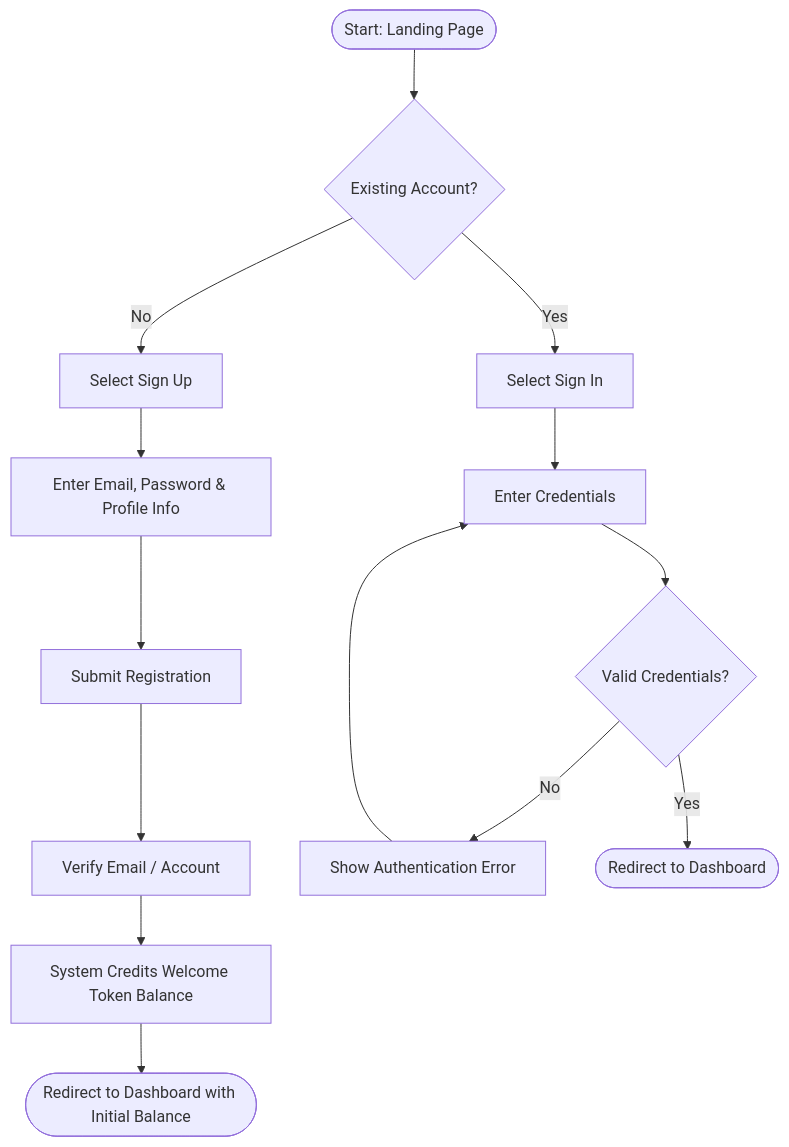
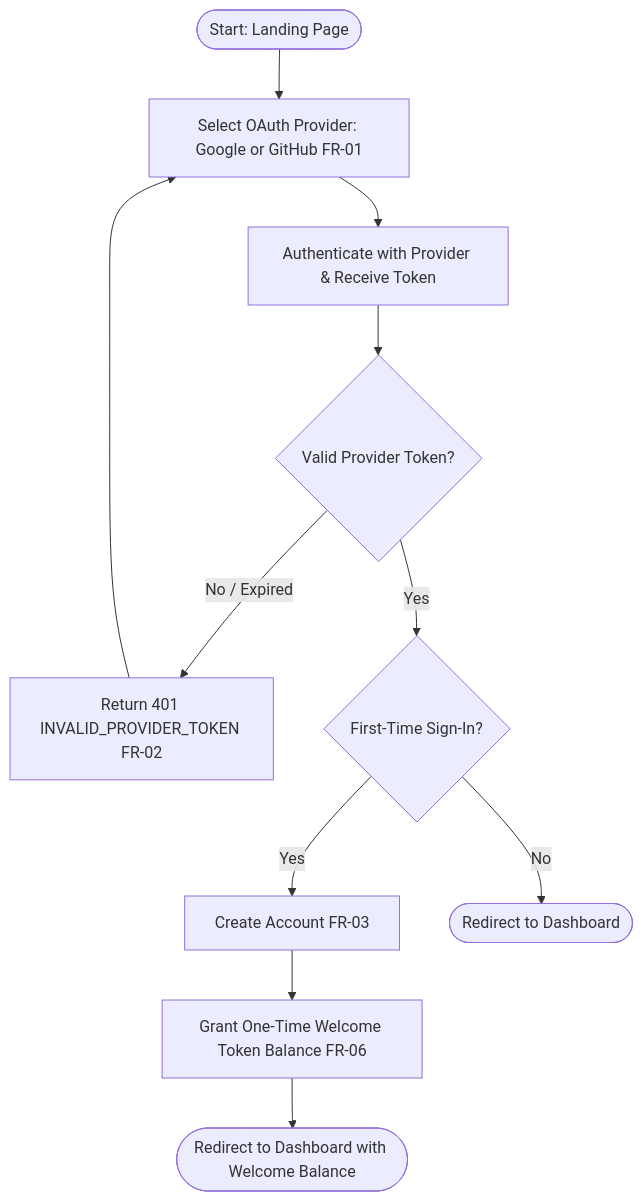
Before and after one commit to Orkun174/token-learning-platform: the first of 2 diagrams in docs/ux/user-flows.md, drawn with Mermaid. The commit also changed other lines of this file, not shown here.

First line of the commit message:
Revise user flows for OAuth and lesson creation

````diff
--- a/docs/ux/user-flows.md
+++ b/docs/ux/user-flows.md
@@ -9,17 +9,13 @@
 ```mermaid
 flowchart TD
-    A([Start: Landing Page]) --> B{Existing Account?}
-    B -- No --> C[Select Sign Up]
-    C --> D[Enter Email, Password & Profile Info]
-    D --> E[Submit Registration]
-    E --> F[Verify Email / Account]
-    F --> G[System Credits Welcome Token Balance]
-    G --> H([Redirect to Dashboard with Initial Balance])
-
-    B -- Yes --> I[Select Sign In]
-    I --> J[Enter Credentials]
-    J --> K{Valid Credentials?}
-    K -- No --> L[Show Authentication Error]
-    L --> J
-    K -- Yes --> M([Redirect to Dashboard])
+    A([Start: Landing Page]) --> B[Select OAuth Provider: Google or GitHub FR-01]
+    B --> C[Authenticate with Provider & Receive Token]
+    C --> D{Valid Provider Token?}
+    D -- No / Expired --> E[Return 401 INVALID_PROVIDER_TOKEN FR-02]
+    E --> B
+    D -- Yes --> F{First-Time Sign-In?}
+    F -- Yes --> G[Create Account FR-03]
+    G --> H[Grant One-Time Welcome Token Balance FR-06]
+    H --> I([Redirect to Dashboard with Welcome Balance])
+    F -- No --> J([Redirect to Dashboard])
 ```
````
